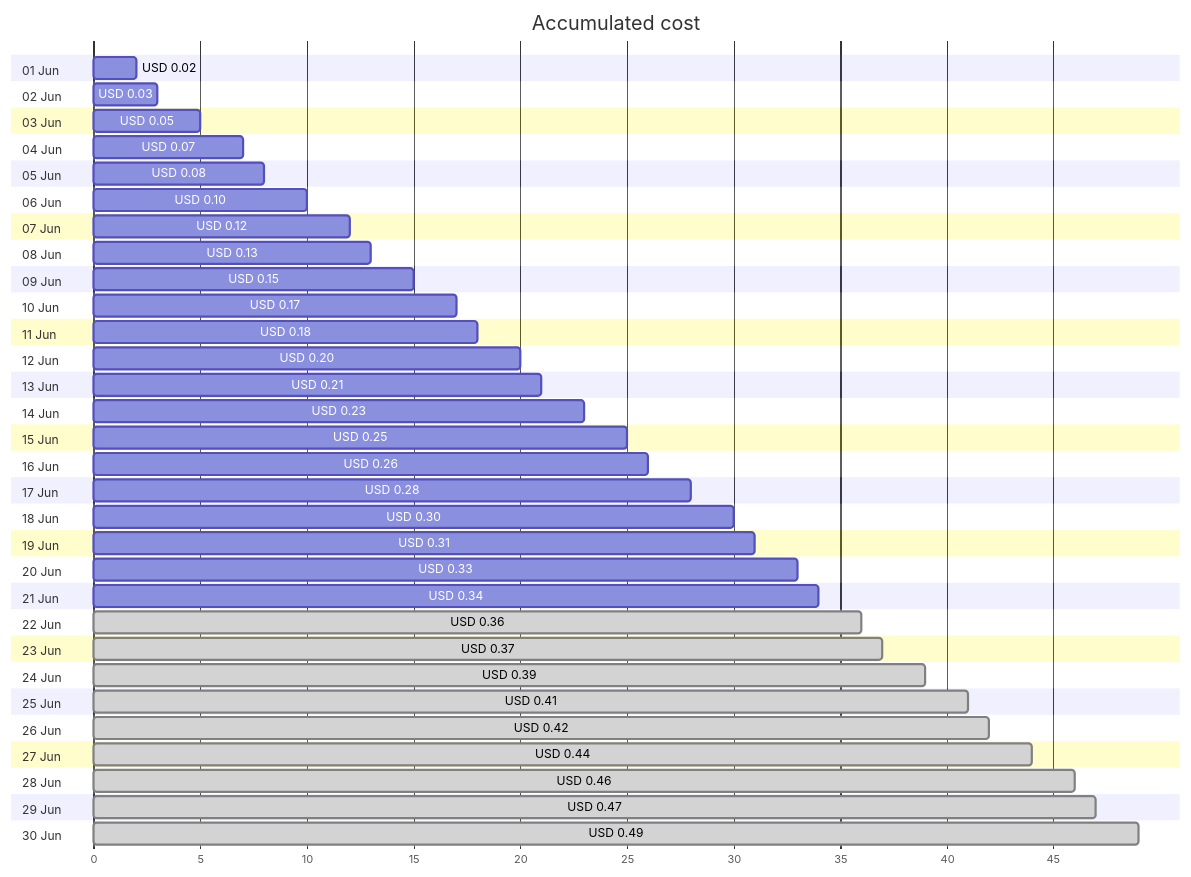
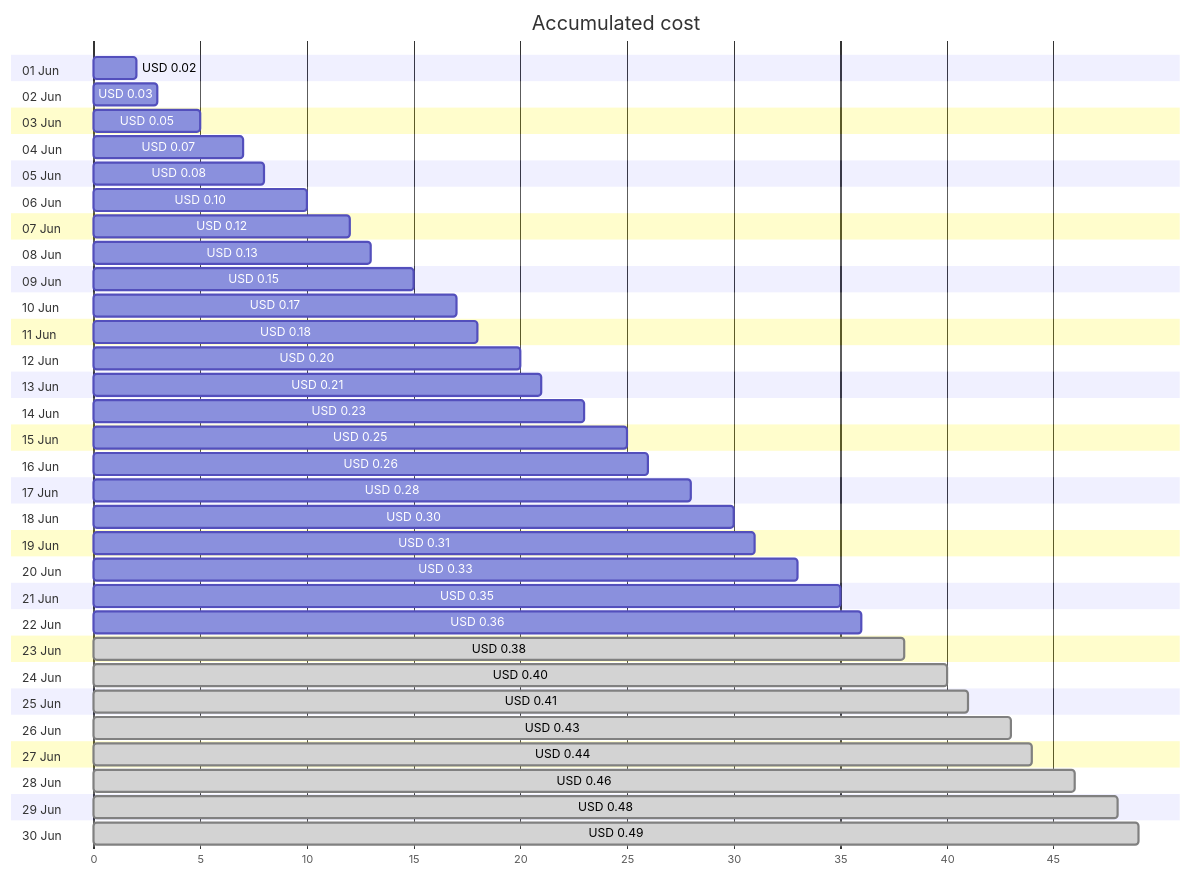
Before and after one commit to jpfulton/azure-personal-reports: the first of 4 diagrams in cost-reports/personal-dns/jpatrickfulton.dev.md, drawn with Mermaid. The commit also changed other lines of this file and 2 other files, not shown here.

````diff
--- a/cost-reports/personal-dns/jpatrickfulton.dev.md
+++ b/cost-reports/personal-dns/jpatrickfulton.dev.md
@@ -20,66 +20,66 @@
 ```mermaid
 gantt
    title Accumulated cost
    dateFormat  X
    axisFormat %s
    section 01 Jun
    USD 0.02 :0, 2
    section 02 Jun
    USD 0.03 :0, 3
    section 03 Jun
    USD 0.05 :0, 5
    section 04 Jun
    USD 0.07 :0, 7
    section 05 Jun
    USD 0.08 :0, 8
    section 06 Jun
    USD 0.10 :0, 10
    section 07 Jun
    USD 0.12 :0, 12
    section 08 Jun
    USD 0.13 :0, 13
    section 09 Jun
    USD 0.15 :0, 15
    section 10 Jun
    USD 0.17 :0, 17
    section 11 Jun
    USD 0.18 :0, 18
    section 12 Jun
    USD 0.20 :0, 20
    section 13 Jun
    USD 0.21 :0, 21
    section 14 Jun
    USD 0.23 :0, 23
    section 15 Jun
    USD 0.25 :0, 25
    section 16 Jun
    USD 0.26 :0, 26
    section 17 Jun
    USD 0.28 :0, 28
    section 18 Jun
    USD 0.30 :0, 30
    section 19 Jun
    USD 0.31 :0, 31
    section 20 Jun
    USD 0.33 :0, 33
    section 21 Jun
-   USD 0.34 :0, 34
+   USD 0.35 :0, 35
    section 22 Jun
-   USD 0.36 : done, 0, 36
+   USD 0.36 :0, 36
    section 23 Jun
-   USD 0.37 : done, 0, 37
+   USD 0.38 : done, 0, 38
    section 24 Jun
-   USD 0.39 : done, 0, 39
+   USD 0.40 : done, 0, 40
    section 25 Jun
    USD 0.41 : done, 0, 41
    section 26 Jun
-   USD 0.42 : done, 0, 42
+   USD 0.43 : done, 0, 43
    section 27 Jun
    USD 0.44 : done, 0, 44
    section 28 Jun
    USD 0.46 : done, 0, 46
    section 29 Jun
-   USD 0.47 : done, 0, 47
+   USD 0.48 : done, 0, 48
    section 30 Jun
    USD 0.49 : done, 0, 49
 ```
````
